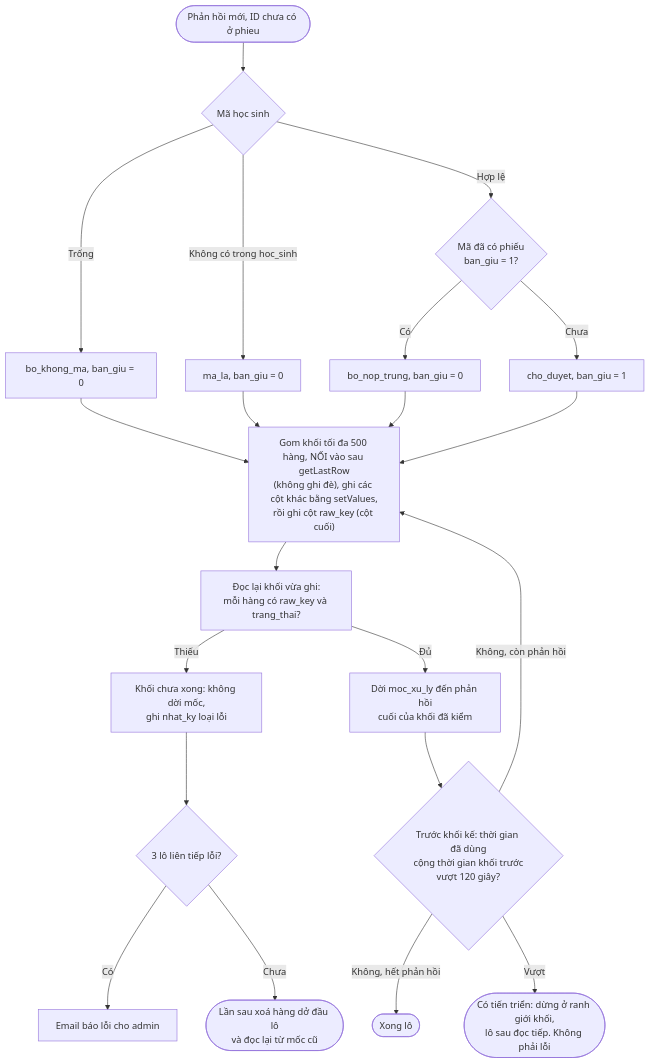
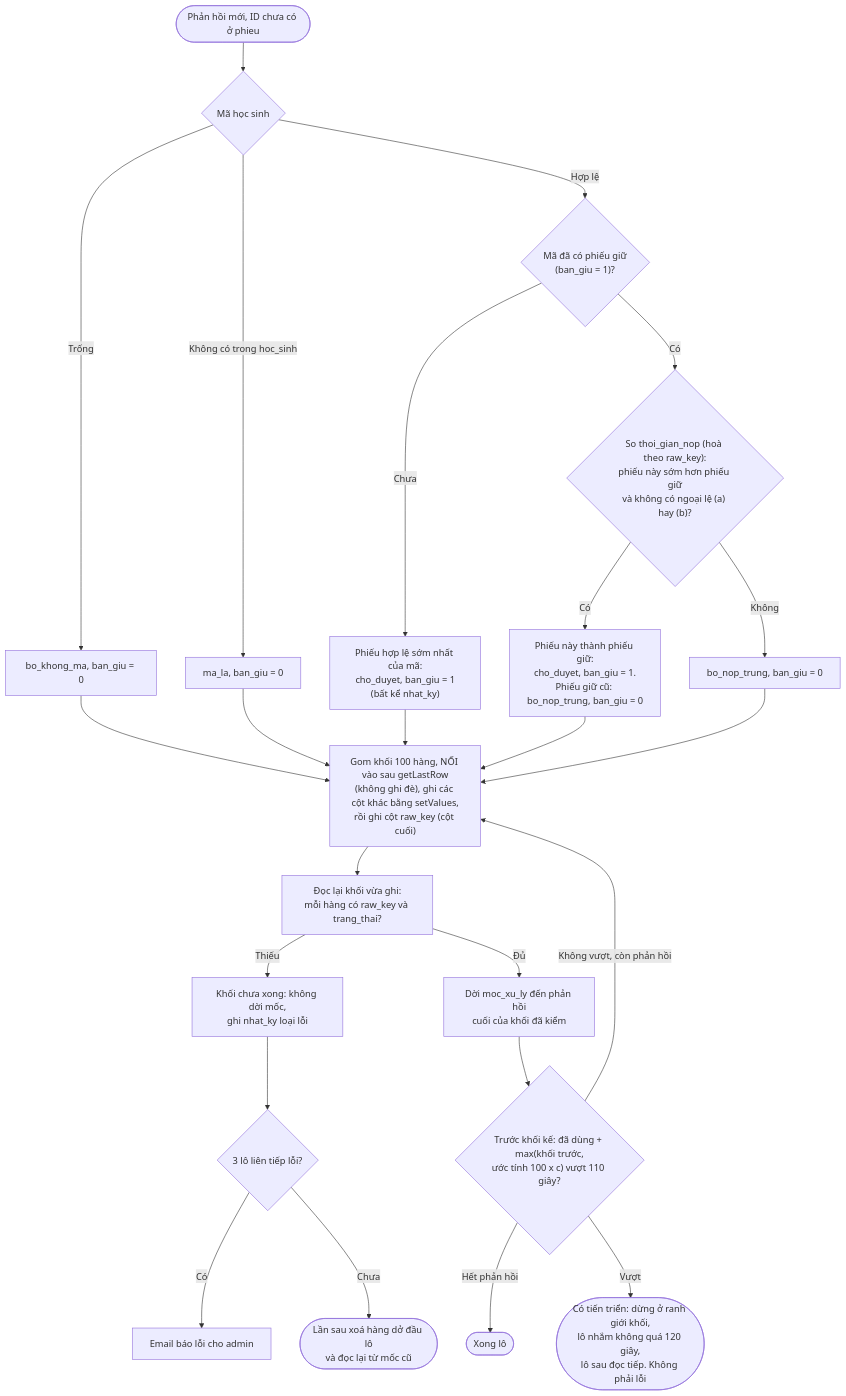
The diagram in docs/he_sinh_thai/anh/b2_xu_ly_lo.mmd (nguyenphanvantruong6969-arch/TESTING-DEV), drawn with Mermaid before and after one commit. The commit also changed 8 other files, not shown here.

First line of the commit message:
T4 sửa vòng 4: khối 100 hàng, đối soát khi chốt, trạng thái đợt, huỷ xuất, sơ đồ b1 b2 c vẽ lại

```diff
--- a/docs/he_sinh_thai/anh/b2_xu_ly_lo.mmd
+++ b/docs/he_sinh_thai/anh/b2_xu_ly_lo.mmd
@@ -1,21 +1,24 @@
 flowchart TD
   A(["Phản hồi mới, ID chưa có ở phieu"]) --> P{"Mã học sinh"}
   P -->|"Trống"| S1["bo_khong_ma, ban_giu = 0"]
   P -->|"Không có trong hoc_sinh"| S2["ma_la, ban_giu = 0"]
-  P -->|"Hợp lệ"| D{"Mã đã có phiếu<br/>ban_giu = 1?"}
-  D -->|"Có"| S3["bo_nop_trung, ban_giu = 0"]
-  D -->|"Chưa"| S4["cho_duyet, ban_giu = 1"]
+  P -->|"Hợp lệ"| D{"Mã đã có phiếu giữ<br/>(ban_giu = 1)?"}
+  D -->|"Chưa"| S4["Phiếu hợp lệ sớm nhất của mã:<br/>cho_duyet, ban_giu = 1<br/>(bất kể nhat_ky)"]
+  D -->|"Có"| D2{"So thoi_gian_nop (hoà theo raw_key):<br/>phiếu này sớm hơn phiếu giữ<br/>và không có ngoại lệ (a) hay (b)?"}
+  D2 -->|"Có"| S5["Phiếu này thành phiếu giữ:<br/>cho_duyet, ban_giu = 1.<br/>Phiếu giữ cũ: bo_nop_trung, ban_giu = 0"]
+  D2 -->|"Không"| S3["bo_nop_trung, ban_giu = 0"]
   S1 --> BL
   S2 --> BL
   S3 --> BL
   S4 --> BL
-  BL["Gom khối tối đa 500 hàng, NỐI vào sau getLastRow<br/>(không ghi đè), ghi các cột khác bằng setValues,<br/>rồi ghi cột raw_key (cột cuối)"] --> RV["Đọc lại khối vừa ghi:<br/>mỗi hàng có raw_key và trang_thai?"]
+  S5 --> BL
+  BL["Gom khối 100 hàng, NỐI vào sau getLastRow<br/>(không ghi đè), ghi các cột khác bằng setValues,<br/>rồi ghi cột raw_key (cột cuối)"] --> RV["Đọc lại khối vừa ghi:<br/>mỗi hàng có raw_key và trang_thai?"]
   RV -->|"Thiếu"| ER["Khối chưa xong: không dời mốc,<br/>ghi nhat_ky loại lỗi"]
   RV -->|"Đủ"| MC["Dời moc_xu_ly đến phản hồi<br/>cuối của khối đã kiểm"]
-  MC --> CAP{"Trước khối kế: thời gian đã dùng<br/>cộng thời gian khối trước<br/>vượt 120 giây?"}
-  CAP -->|"Không, còn phản hồi"| BL
-  CAP -->|"Không, hết phản hồi"| OK(["Xong lô"])
-  CAP -->|"Vượt"| PR(["Có tiến triển: dừng ở ranh giới khối,<br/>lô sau đọc tiếp. Không phải lỗi"])
+  MC --> CAP{"Trước khối kế: đã dùng + max(khối trước,<br/>ước tính 100 x c) vượt 110 giây?"}
+  CAP -->|"Không vượt, còn phản hồi"| BL
+  CAP -->|"Hết phản hồi"| OK(["Xong lô"])
+  CAP -->|"Vượt"| PR(["Có tiến triển: dừng ở ranh giới khối,<br/>lô nhắm không quá 120 giây,<br/>lô sau đọc tiếp. Không phải lỗi"])
   ER --> N{"3 lô liên tiếp lỗi?"}
   N -->|"Có"| EM["Email báo lỗi cho admin"]
   N -->|"Chưa"| RT(["Lần sau xoá hàng dở đầu lô<br/>và đọc lại từ mốc cũ"])
```
